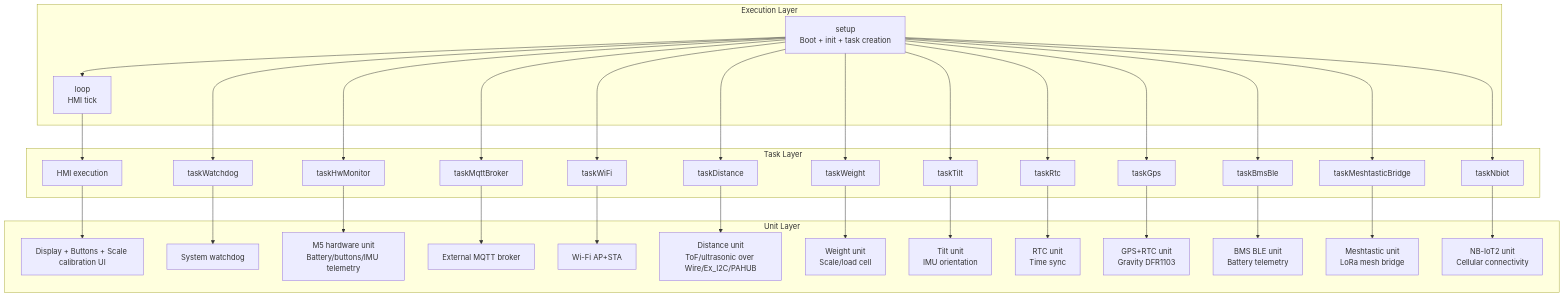
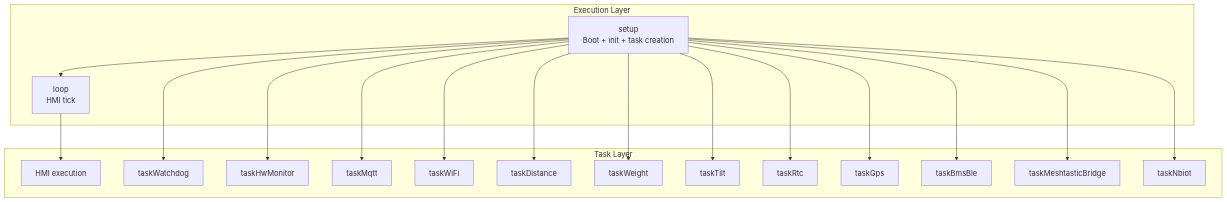
Before and after one commit to lburais/SmartFranklin: the diagram in README.md, drawn with Mermaid. The commit also changed other lines of this file, not shown here.

Commit message:
Rebuild README for current task architecture

````diff
--- a/README.md
+++ b/README.md
@@ -27,68 +25,38 @@
 ```mermaid
 flowchart TD
     subgraph L1[Execution Layer]
         SETUP[setup\nBoot + init + task creation]
         LOOP[loop\nHMI tick]
     end
 
     subgraph L2[Task Layer]
         T_HMI[HMI execution]
         T_WD[taskWatchdog]
         T_HW[taskHwMonitor]
-        T_MQTT[taskMqttBroker]
+        T_MQTT[taskMqtt]
         T_WIFI[taskWiFi]
         T_DIST[taskDistance]
         T_WEIGHT[taskWeight]
         T_TILT[taskTilt]
         T_RTC[taskRtc]
         T_GPS[taskGps]
         T_BMS[taskBmsBle]
         T_MESH[taskMeshtasticBridge]
         T_NBIOT[taskNbiot]
-    end
-
-    subgraph L3[Unit Layer]
-        U_HMI[Display + Buttons + Scale calibration UI]
-        U_WD[System watchdog]
-        U_M5[M5 hardware unit\nBattery/buttons/IMU telemetry]
-        U_BROKER[External MQTT broker]
-        U_WIFI[Wi-Fi AP+STA]
-        U_DIST[Distance unit\nToF/ultrasonic over Wire/Ex_I2C/PAHUB]
-        U_WEIGHT[Weight unit\nScale/load cell]
-        U_TILT[Tilt unit\nIMU orientation]
-        U_RTC[RTC unit\nTime sync]
-        U_GPS[GPS+RTC unit\nGravity DFR1103]
-        U_BMS[BMS BLE unit\nBattery telemetry]
-        U_MESH[Meshtastic unit\nLoRa mesh bridge]
-        U_NBIOT[NB-IoT2 unit\nCellular connectivity]
     end
 
     SETUP --> LOOP
     LOOP --> T_HMI
     SETUP --> T_WD
     SETUP --> T_HW
     SETUP --> T_MQTT
     SETUP --> T_WIFI
     SETUP --> T_DIST
     SETUP --> T_WEIGHT
     SETUP --> T_TILT
     SETUP --> T_RTC
     SETUP --> T_GPS
     SETUP --> T_BMS
     SETUP --> T_MESH
     SETUP --> T_NBIOT
-
-    T_HMI --> U_HMI
-    T_WD --> U_WD
-    T_HW --> U_M5
-    T_MQTT --> U_BROKER
-    T_WIFI --> U_WIFI
-    T_DIST --> U_DIST
-    T_WEIGHT --> U_WEIGHT
-    T_TILT --> U_TILT
-    T_RTC --> U_RTC
-    T_GPS --> U_GPS
-    T_BMS --> U_BMS
-    T_MESH --> U_MESH
-    T_NBIOT --> U_NBIOT
 ```
````
